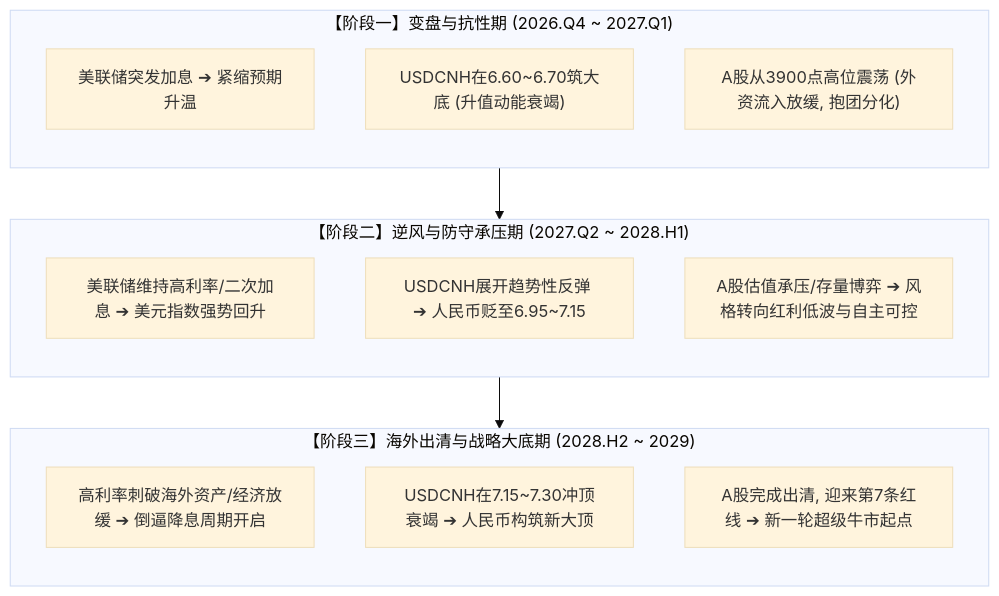
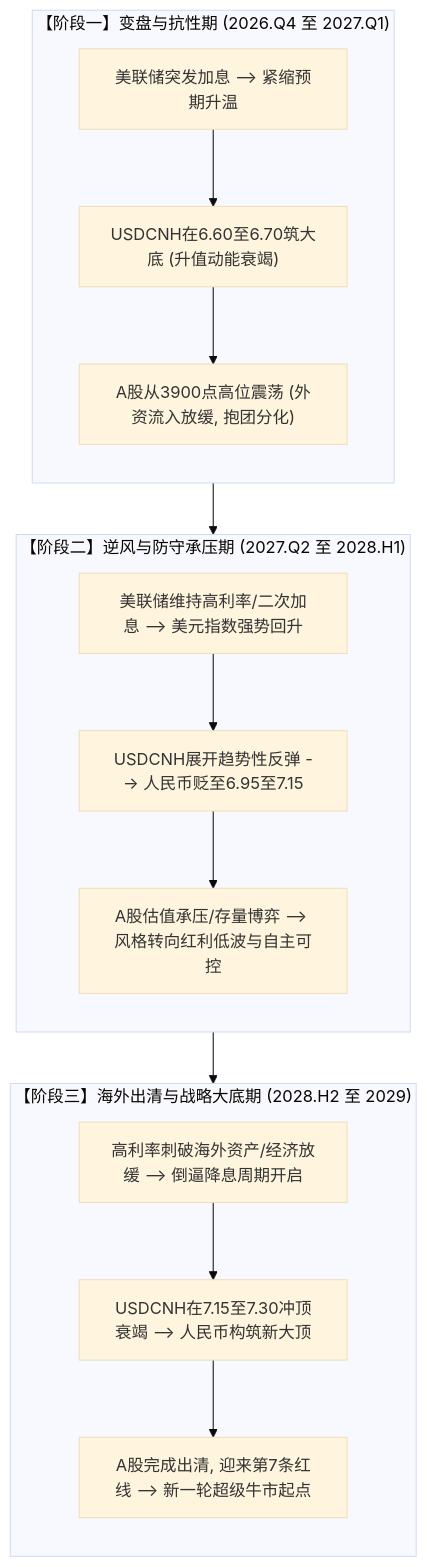
One commit to ubuntuvim/xcoding changed the second of 3 diagrams in source/_posts/stock-exchange/离岸人民币走势与A股走势相关性分析.md. Above: the diagram before and after it, drawn with Mermaid (base theme). The commit also changed other lines of this file and 7 other files, not shown here.

````diff
--- a/source/_posts/stock-exchange/离岸人民币走势与A股走势相关性分析.md
+++ b/source/_posts/stock-exchange/离岸人民币走势与A股走势相关性分析.md
@@ -171,25 +172,28 @@
 ```mermaid
-flowchart TD
-    subgraph Phase1["【阶段一】变盘与抗性期 (2026.Q4 ~ 2027.Q1)"]
+graph TD
+    subgraph Phase1["【阶段一】变盘与抗性期 (2026.Q4 至 2027.Q1)"]
         direction TB
-        P1_Fed["美联储突发加息 ➔ 紧缩预期升温"]
-        P1_FX["USDCNH在6.60~6.70筑大底 (升值动能衰竭)"]
+        P1_Fed["美联储突发加息 --> 紧缩预期升温"]
+        P1_FX["USDCNH在6.60至6.70筑大底 (升值动能衰竭)"]
         P1_A["A股从3900点高位震荡 (外资流入放缓, 抱团分化)"]
+        P1_Fed --> P1_FX --> P1_A
     end
 
-    subgraph Phase2["【阶段二】逆风与防守承压期 (2027.Q2 ~ 2028.H1)"]
+    subgraph Phase2["【阶段二】逆风与防守承压期 (2027.Q2 至 2028.H1)"]
         direction TB
-        P2_Fed["美联储维持高利率/二次加息 ➔ 美元指数强势回升"]
-        P2_FX["USDCNH展开趋势性反弹 ➔ 人民币贬至6.95~7.15"]
-        P2_A["A股估值承压/存量博弈 ➔ 风格转向红利低波与自主可控"]
+        P2_Fed["美联储维持高利率/二次加息 --> 美元指数强势回升"]
+        P2_FX["USDCNH展开趋势性反弹 --> 人民币贬至6.95至7.15"]
+        P2_A["A股估值承压/存量博弈 --> 风格转向红利低波与自主可控"]
+        P2_Fed --> P2_FX --> P2_A
     end
 
-    subgraph Phase3["【阶段三】海外出清与战略大底期 (2028.H2 ~ 2029)"]
+    subgraph Phase3["【阶段三】海外出清与战略大底期 (2028.H2 至 2029)"]
         direction TB
-        P3_Fed["高利率刺破海外资产/经济放缓 ➔ 倒逼降息周期开启"]
-        P3_FX["USDCNH在7.15~7.30冲顶衰竭 ➔ 人民币构筑新大顶"]
-        P3_A["A股完成出清, 迎来第7条红线 ➔ 新一轮超级牛市起点"]
+        P3_Fed["高利率刺破海外资产/经济放缓 --> 倒逼降息周期开启"]
+        P3_FX["USDCNH在7.15至7.30冲顶衰竭 --> 人民币构筑新大顶"]
+        P3_A["A股完成出清, 迎来第7条红线 --> 新一轮超级牛市起点"]
+        P3_Fed --> P3_FX --> P3_A
     end
 
     Phase1 --> Phase2 --> Phase3
 ```
````
